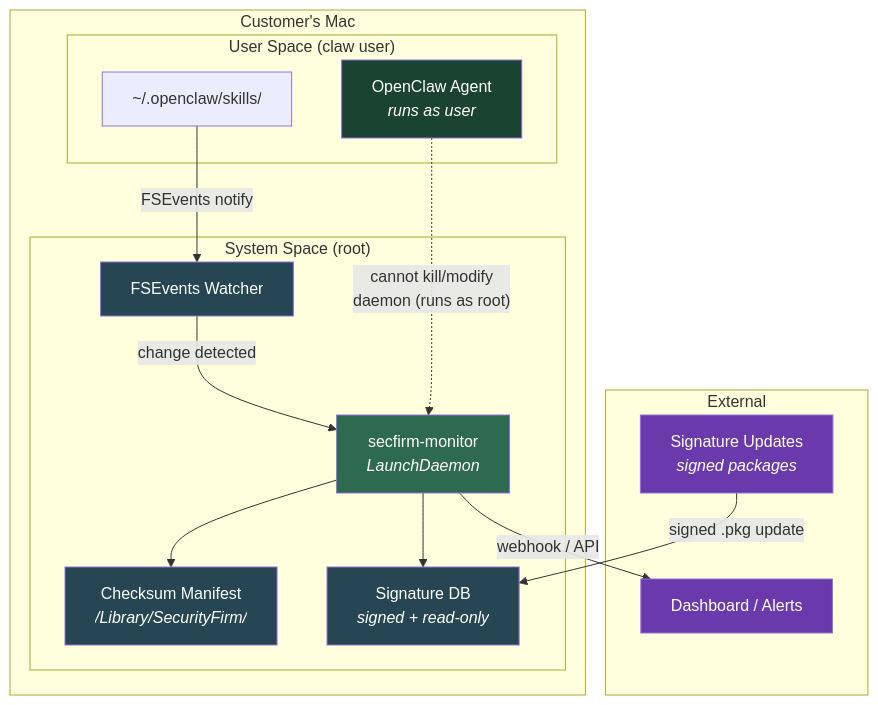
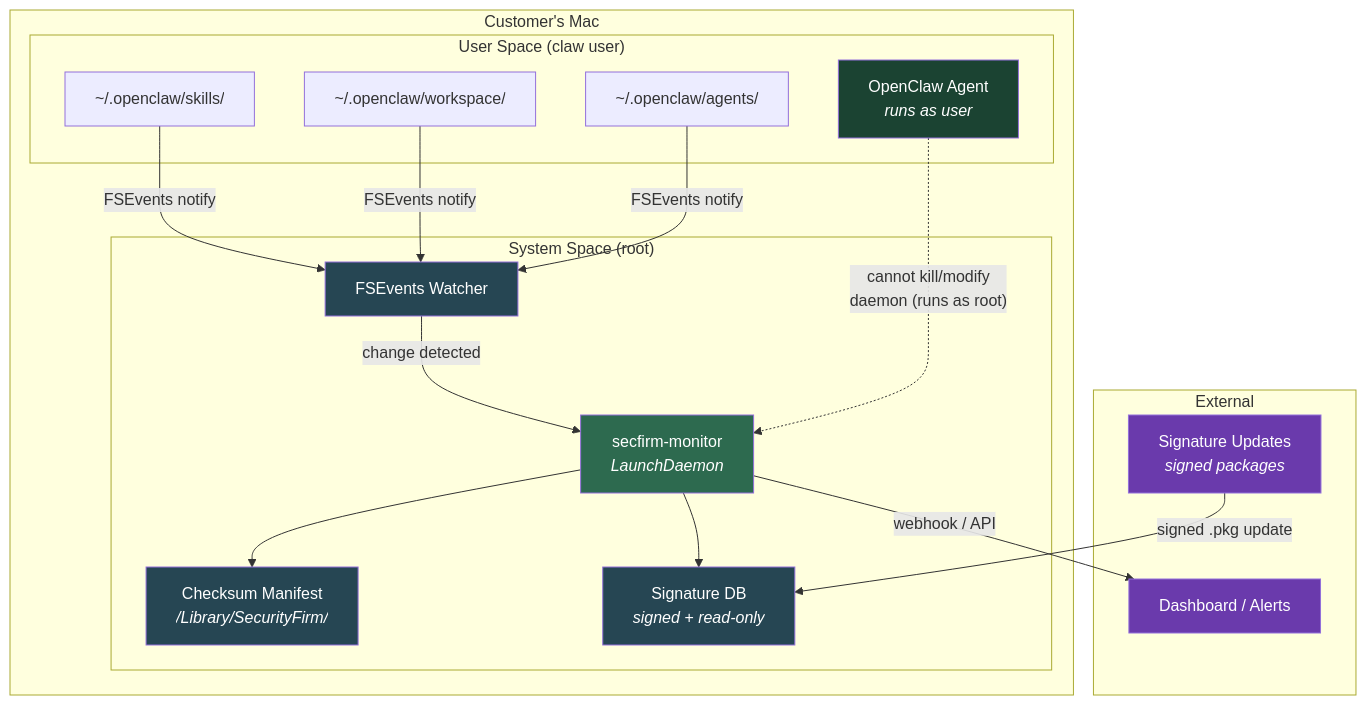
Before and after one commit to homercsimpson50/openclaw-containers: the third of 3 diagrams in docs/security-sidecar.md, drawn with Mermaid. The commit also changed other lines of this file, not shown here.

First line of the commit message:
Update security sidecar doc to consistently reference skills/, workspace/, and agents/ throughout

````diff
--- a/docs/security-sidecar.md
+++ b/docs/security-sidecar.md
@@ -159,38 +175,42 @@
 ```mermaid
 graph TB
     subgraph "Customer's Mac"
         subgraph "User Space (claw user)"
             OC[OpenClaw Agent<br/><i>runs as user</i>]
             SKILLS[~/.openclaw/skills/]
+            WORKSPACE[~/.openclaw/workspace/]
+            AGENTS[~/.openclaw/agents/]
         end
 
         subgraph "System Space (root)"
             DAEMON[secfirm-monitor<br/><i>LaunchDaemon</i>]
             FSWATCH[FSEvents Watcher]
             HASHDB[Checksum Manifest<br/><i>/Library/SecurityFirm/</i>]
             SIGDB[Signature DB<br/><i>signed + read-only</i>]
         end
     end
 
     subgraph "External"
         DASH[Dashboard / Alerts]
         UPDATE[Signature Updates<br/><i>signed packages</i>]
     end
 
     SKILLS -->|"FSEvents notify"| FSWATCH
+    WORKSPACE -->|"FSEvents notify"| FSWATCH
+    AGENTS -->|"FSEvents notify"| FSWATCH
     FSWATCH -->|"change detected"| DAEMON
     DAEMON --> HASHDB
     DAEMON --> SIGDB
     DAEMON -->|"webhook / API"| DASH
     UPDATE -->|"signed .pkg update"| SIGDB
 
     OC -.->|"cannot kill/modify<br/>daemon (runs as root)"| DAEMON
 
     style OC fill:#1b4332,color:#fff
     style DAEMON fill:#2d6a4f,color:#fff
     style FSWATCH fill:#264653,color:#fff
     style HASHDB fill:#264653,color:#fff
     style SIGDB fill:#264653,color:#fff
     style DASH fill:#6a3aac,color:#fff
     style UPDATE fill:#6a3aac,color:#fff
 ```
````
